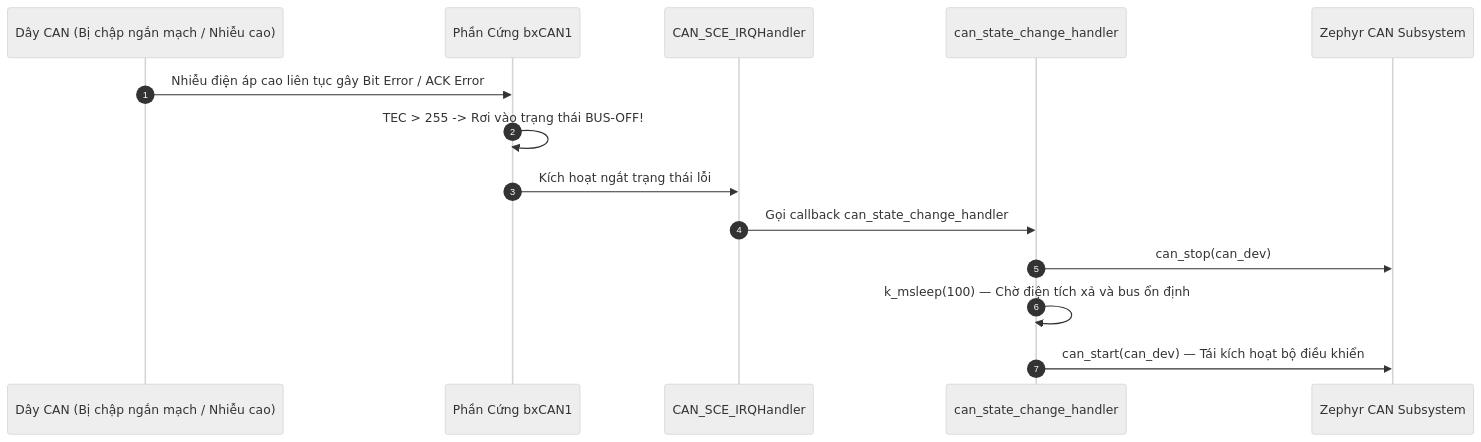
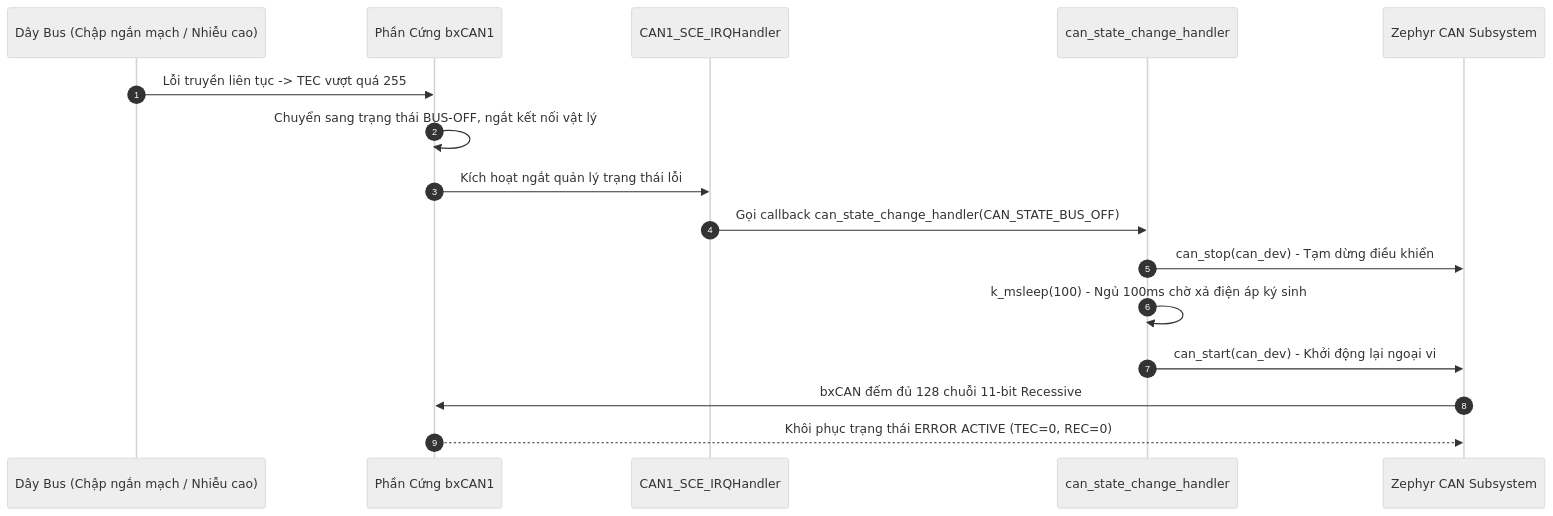
The fourth of 4 diagrams in project1_can_gateway_interview.md (HuynhTran112/source), drawn with Mermaid (neutral theme) before and after one commit. The commit also changed other lines of this file, not shown here.

````diff
--- a/project1_can_gateway_interview.md
+++ b/project1_can_gateway_interview.md
@@ -599,17 +699,19 @@
 ```mermaid
 sequenceDiagram
     autonumber
-    participant Bus as Dây CAN (Bị chập ngắn mạch / Nhiễu cao)
+    participant Bus as Dây Bus (Chập ngắn mạch / Nhiễu cao)
     participant bxCAN as Phần Cứng bxCAN1
-    participant ISR_SCE as CAN_SCE_IRQHandler
+    participant ISR_SCE as CAN1_SCE_IRQHandler
     participant Mon as can_state_change_handler
     participant Z_CAN as Zephyr CAN Subsystem
 
-    Bus->>bxCAN: Nhiễu điện áp cao liên tục gây Bit Error / ACK Error
-    bxCAN->>bxCAN: TEC > 255 -> Rơi vào trạng thái BUS-OFF!
-    bxCAN->>ISR_SCE: Kích hoạt ngắt trạng thái lỗi
-    ISR_SCE->>Mon: Gọi callback can_state_change_handler
-    Mon->>Z_CAN: can_stop(can_dev)
-    Mon->>Mon: k_msleep(100) — Chờ điện tích xả và bus ổn định
-    Mon->>Z_CAN: can_start(can_dev) — Tái kích hoạt bộ điều khiển
+    Bus->>bxCAN: Lỗi truyền liên tục -> TEC vượt quá 255
+    bxCAN->>bxCAN: Chuyển sang trạng thái BUS-OFF, ngắt kết nối vật lý
+    bxCAN->>ISR_SCE: Kích hoạt ngắt quản lý trạng thái lỗi
+    ISR_SCE->>Mon: Gọi callback can_state_change_handler(CAN_STATE_BUS_OFF)
+    Mon->>Z_CAN: can_stop(can_dev) - Tạm dừng điều khiển
+    Mon->>Mon: k_msleep(100) - Ngủ 100ms chờ xả điện áp ký sinh
+    Mon->>Z_CAN: can_start(can_dev) - Khởi động lại ngoại vi
+    Z_CAN->>bxCAN: bxCAN đếm đủ 128 chuỗi 11-bit Recessive
+    bxCAN-->>Z_CAN: Khôi phục trạng thái ERROR ACTIVE (TEC=0, REC=0)
 ```
````
